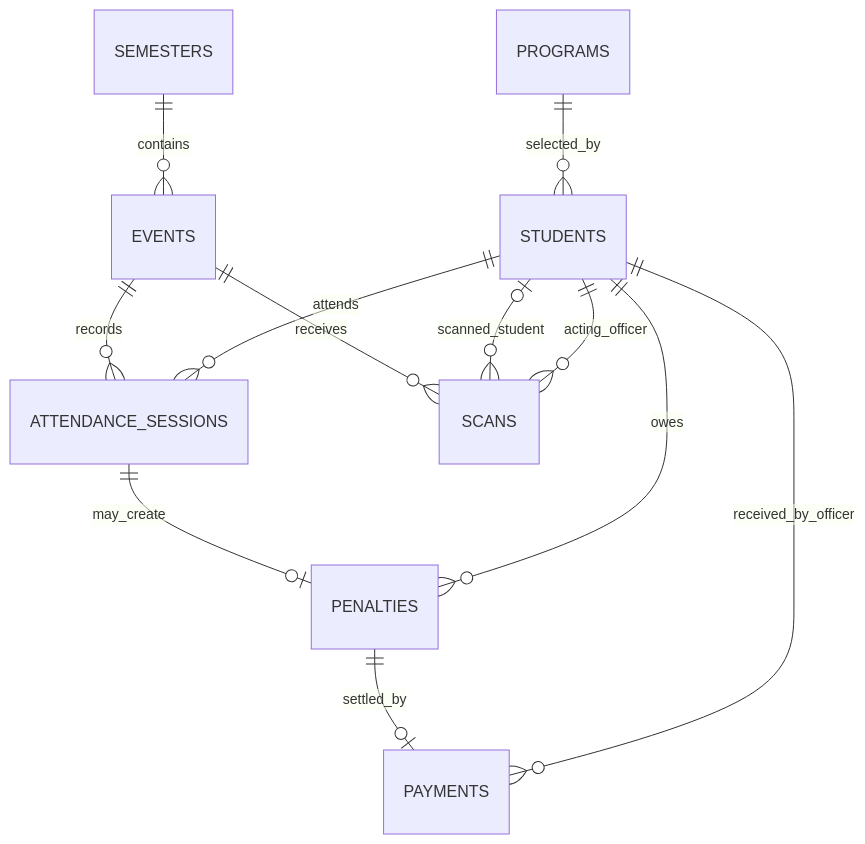
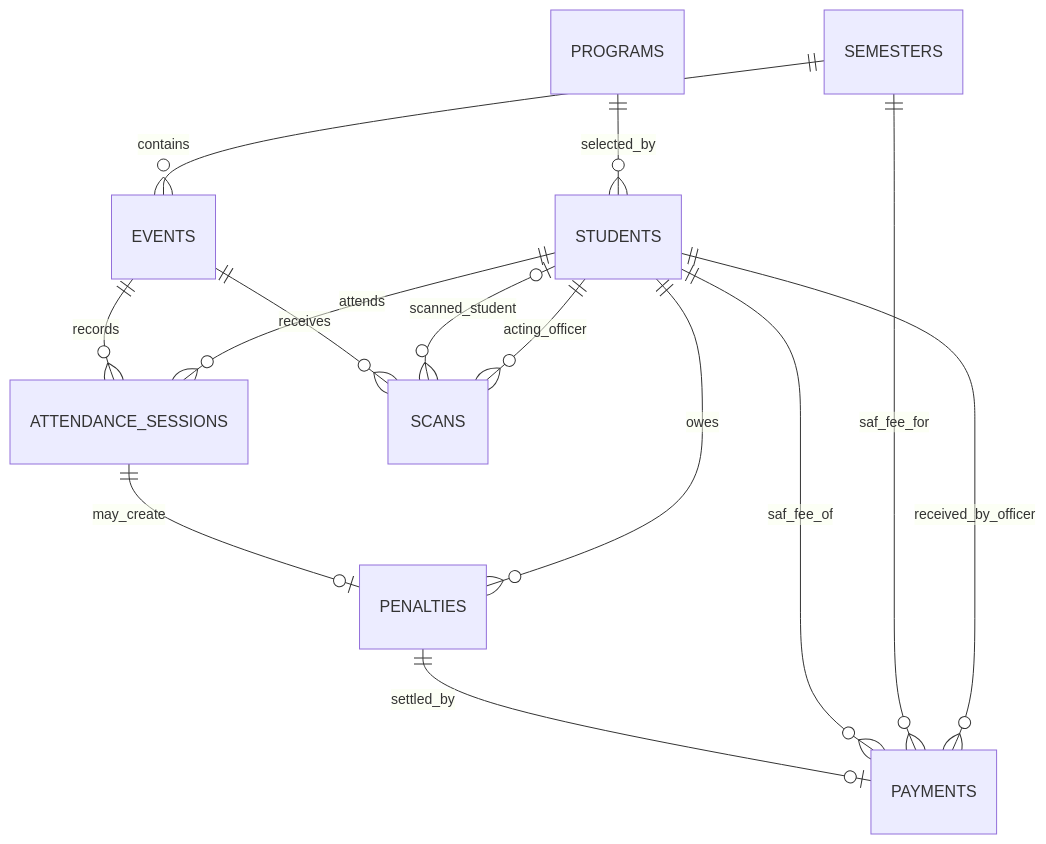
Before and after one commit to NCF-CCS-Opensource/csc: the third of 3 diagrams in docs/architecture.md, drawn with Mermaid. The commit also changed other lines of this file and 7 other files, not shown here.

First line of the commit message:
refactor: address review on SAF Fee payments (#336)

````diff
--- a/docs/architecture.md
+++ b/docs/architecture.md
@@ -105,14 +105,16 @@
 ```mermaid
 erDiagram
     PROGRAMS ||--o{ STUDENTS : selected_by
     SEMESTERS ||--o{ EVENTS : contains
     EVENTS ||--o{ ATTENDANCE_SESSIONS : records
     STUDENTS ||--o{ ATTENDANCE_SESSIONS : attends
     EVENTS ||--o{ SCANS : receives
     STUDENTS o|--o{ SCANS : scanned_student
     STUDENTS ||--o{ SCANS : acting_officer
     ATTENDANCE_SESSIONS ||--o| PENALTIES : may_create
     STUDENTS ||--o{ PENALTIES : owes
     PENALTIES ||--o| PAYMENTS : settled_by
+    STUDENTS ||--o{ PAYMENTS : saf_fee_of
+    SEMESTERS ||--o{ PAYMENTS : saf_fee_for
     STUDENTS ||--o{ PAYMENTS : received_by_officer
 ```
````
